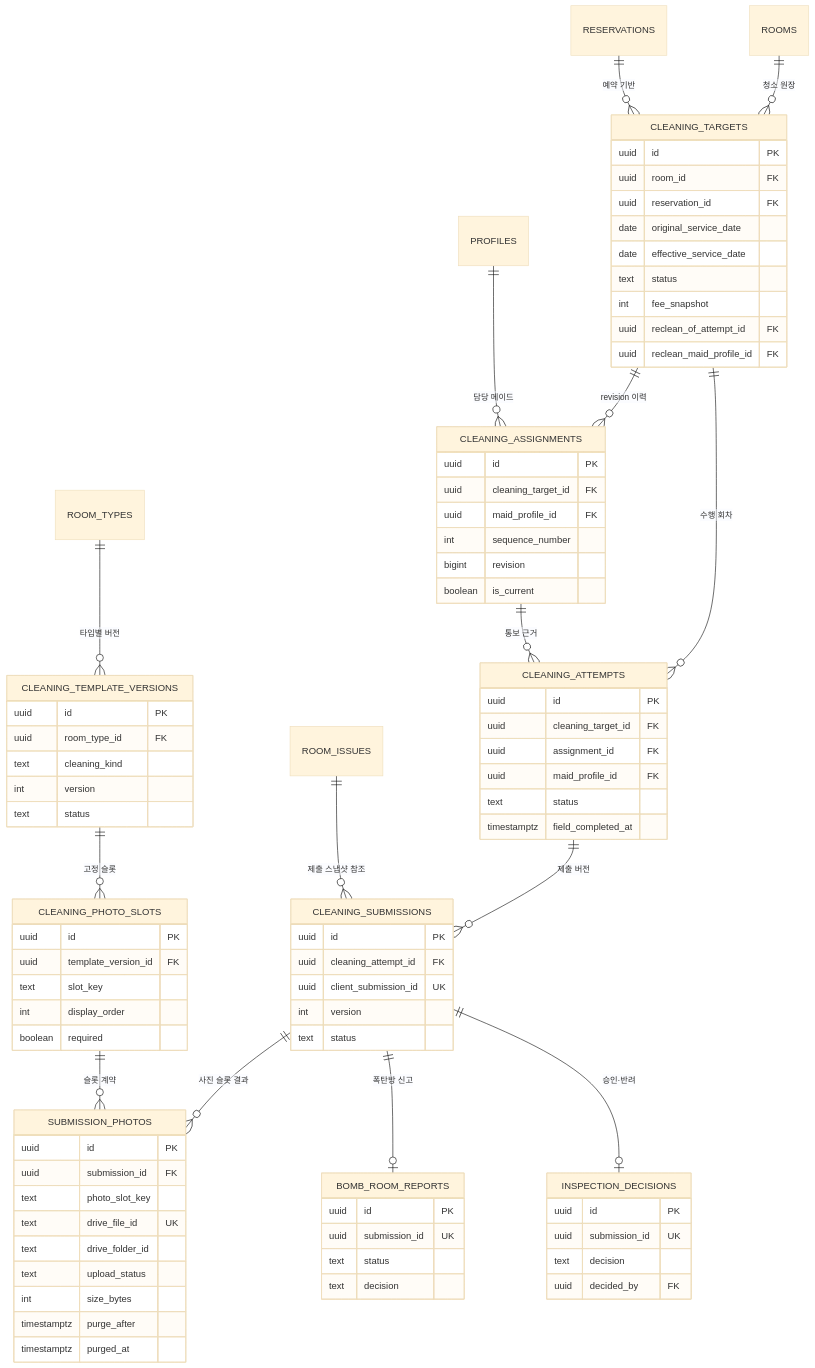
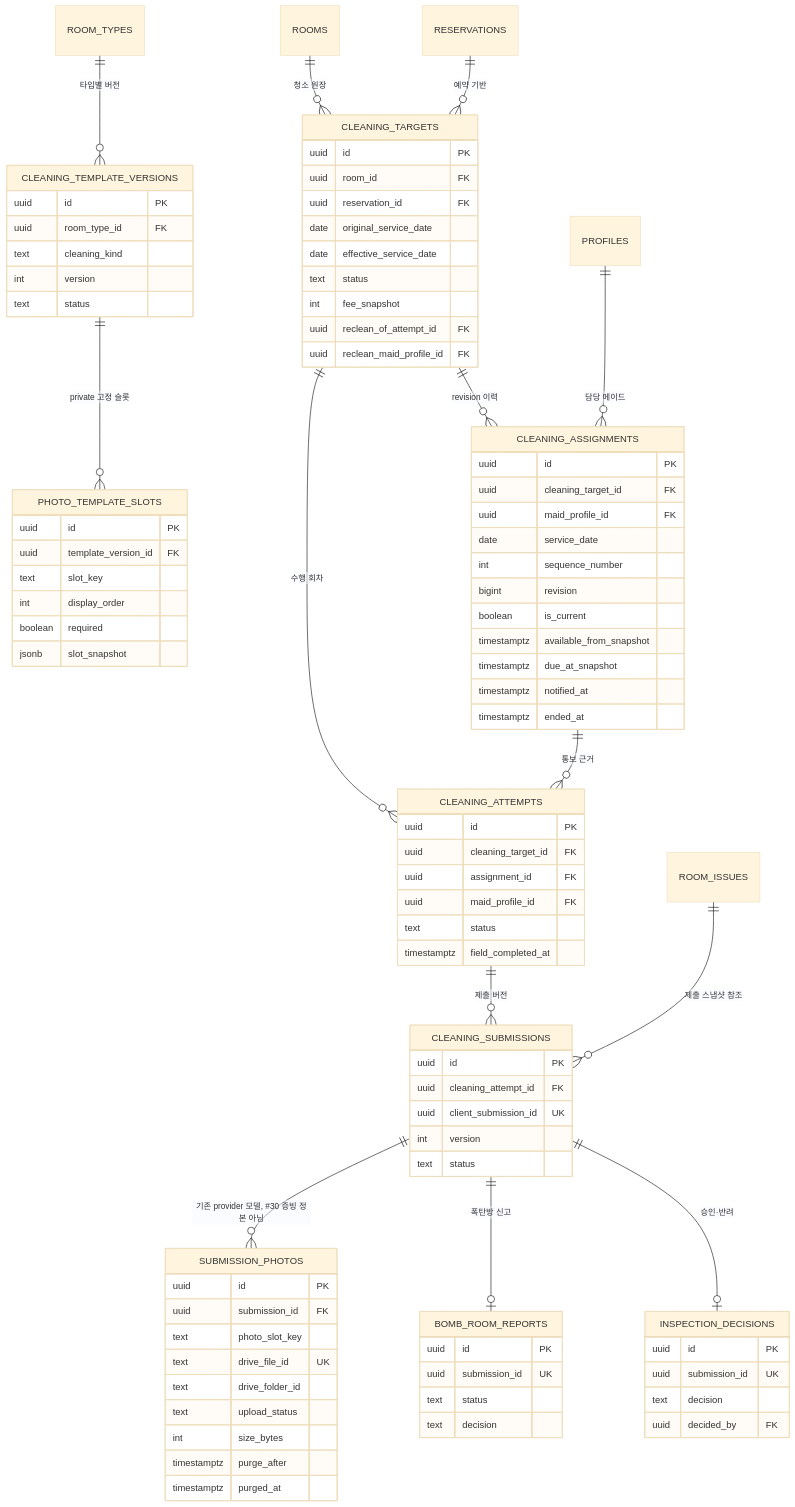
Before and after one commit to wrongstory/room-management-system-backend: the fourth of 13 diagrams in docs/ERD.md, drawn with Mermaid (base theme). The commit also changed other lines of this file and 369 other files, not shown here.

````diff
--- a/docs/ERD.md
+++ b/docs/ERD.md
@@ -264,7 +382,7 @@
 ```mermaid
 erDiagram
   ROOM_TYPES ||--o{ CLEANING_TEMPLATE_VERSIONS : "타입별 버전"
-  CLEANING_TEMPLATE_VERSIONS ||--o{ CLEANING_PHOTO_SLOTS : "고정 슬롯"
+  CLEANING_TEMPLATE_VERSIONS ||--o{ PHOTO_TEMPLATE_SLOTS : "private 고정 슬롯"
   ROOMS ||--o{ CLEANING_TARGETS : "청소 원장"
   RESERVATIONS ||--o{ CLEANING_TARGETS : "예약 기반"
   CLEANING_TARGETS ||--o{ CLEANING_ASSIGNMENTS : "revision 이력"
@@ -272,8 +390,7 @@
   CLEANING_TARGETS ||--o{ CLEANING_ATTEMPTS : "수행 회차"
   CLEANING_ASSIGNMENTS ||--o{ CLEANING_ATTEMPTS : "통보 근거"
   CLEANING_ATTEMPTS ||--o{ CLEANING_SUBMISSIONS : "제출 버전"
-  CLEANING_SUBMISSIONS ||--o{ SUBMISSION_PHOTOS : "사진 슬롯 결과"
-  CLEANING_PHOTO_SLOTS ||--o{ SUBMISSION_PHOTOS : "슬롯 계약"
+  CLEANING_SUBMISSIONS ||--o{ SUBMISSION_PHOTOS : "기존 provider 모델, #30 증빙 정본 아님"
   CLEANING_SUBMISSIONS ||--o| BOMB_ROOM_REPORTS : "폭탄방 신고"
   CLEANING_SUBMISSIONS ||--o| INSPECTION_DECISIONS : "승인·반려"
   ROOM_ISSUES ||--o{ CLEANING_SUBMISSIONS : "제출 스냅샷 참조"
@@ -285,12 +402,13 @@
     int version
     text status
   }
-  CLEANING_PHOTO_SLOTS {
+  PHOTO_TEMPLATE_SLOTS {
     uuid id PK
     uuid template_version_id FK
     text slot_key
     int display_order
     boolean required
+    jsonb slot_snapshot
   }
   CLEANING_TARGETS {
     uuid id PK
@@ -307,9 +425,14 @@
     uuid id PK
     uuid cleaning_target_id FK
     uuid maid_profile_id FK
+    date service_date
     int sequence_number
     bigint revision
     boolean is_current
+    timestamptz available_from_snapshot
+    timestamptz due_at_snapshot
+    timestamptz notified_at
+    timestamptz ended_at
   }
   CLEANING_ATTEMPTS {
     uuid id PK
````
